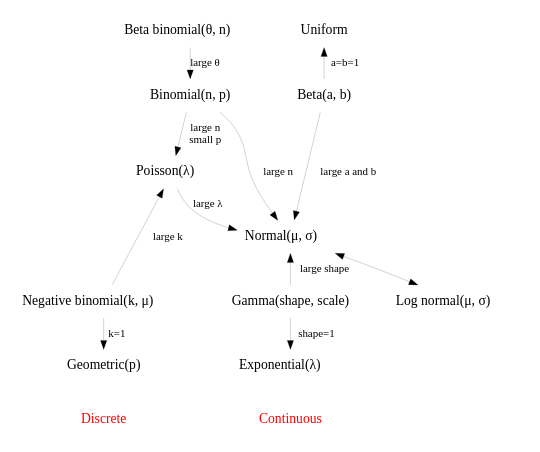
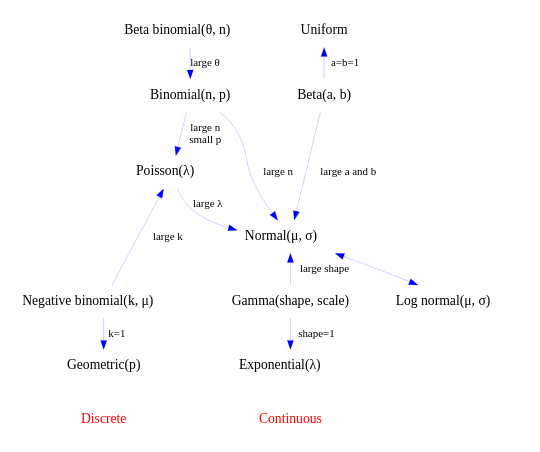
One commit to Derek-Jones/ESEUR-code-data changed the diagram in not_R/disc-cont.dot. Above: the diagram before and after it, drawn with Graphviz. The commit also changed 137 other files, not shown here.

```diff
--- a/not_R/disc-cont.dot
+++ b/not_R/disc-cont.dot
@@ -1,95 +1,95 @@
                     /* disc-cont.dot, 12 Oct 15 */
 
 digraph G {
 
    rankdir = TB;
    ranksep = 0.3;
    arrowsize=0.3;
    size = "6.0,4.0";
-   edge [fontsize = 12, penwidth=0.2];
+   edge [fontsize = 12, penwidth=0.2, color="blue"];
    node [color = white, shape = plaintext, fontsize = 15];
 
    {
    Beta_binomial -> Binomial[label=< large &theta;>] ;
 
    Binomial -> Poisson[label=" large n\nsmall p"] ;
 
    edge [ dir=back]
    Poisson -> Negative_binomial[label=" large k"] ;
 
    edge [ dir=forward]
    Negative_binomial -> Geometric[label=" k=1"] ;
 
    edge [color=white];
    Geometric -> Discrete ;
    }
 
    {
    edge [ dir=back]
    Uniform -> Beta[label=" a=b=1"] ;
 
    edge [ dir=forward]
    Beta -> Normal[label=" large a and b"] ;
 
    edge [ dir=back]
    Normal -> Gamma[label=" large shape"];
 
    edge [ dir=forward]
    Gamma -> Exponential[label=" shape=1"] ;
 
    edge [color=white];
    Exponential -> Continuous ;
    }
 
 /*   nodesep=0.05;
    minlen=0.2;
 */
 
    node [shape=box];
    edge[dir=forward];
 
 
    {
 	Beta_binomial ; Uniform;
 
 	Beta_binomial[label=<Beta binomial(&theta;, n)>];
 	Uniform[label="Uniform"];
    }
 
    {rank = same;
 	Binomial ; Beta;
 	Binomial[label="Binomial(n, p)"];
 	Beta[label="Beta(a, b)"];
    }
 
    {
 	Poisson ; Normal;
 
 	Poisson[label=<Poisson(&lambda;)>];
 	Normal[label=<Normal(&mu;, &sigma;)>];
    }
 
    {rank = same;
 	Negative_binomial ; Gamma;
 
 	Negative_binomial[label=<Negative binomial(k, &mu;)>];
 	Gamma[label="Gamma(shape, scale)"];
    }
 
    {rank = same;
 	Geometric ; Exponential;
 	Geometric[label="Geometric(p)"];
 	Exponential[label=<Exponential(&lambda;)>];
    }
 
    {rank = same;
 	Discrete[fontcolor="red"] ; Continuous[fontcolor="red"];
    }
 
    Binomial -> Normal[label=" large n"];
    Poisson -> Normal[label=< large &lambda;>];
 
    edge [ dir=both]
    Normal -> Log_normal;
    Log_normal[label=< Log normal(&mu;, &sigma;)>];
 }
```
